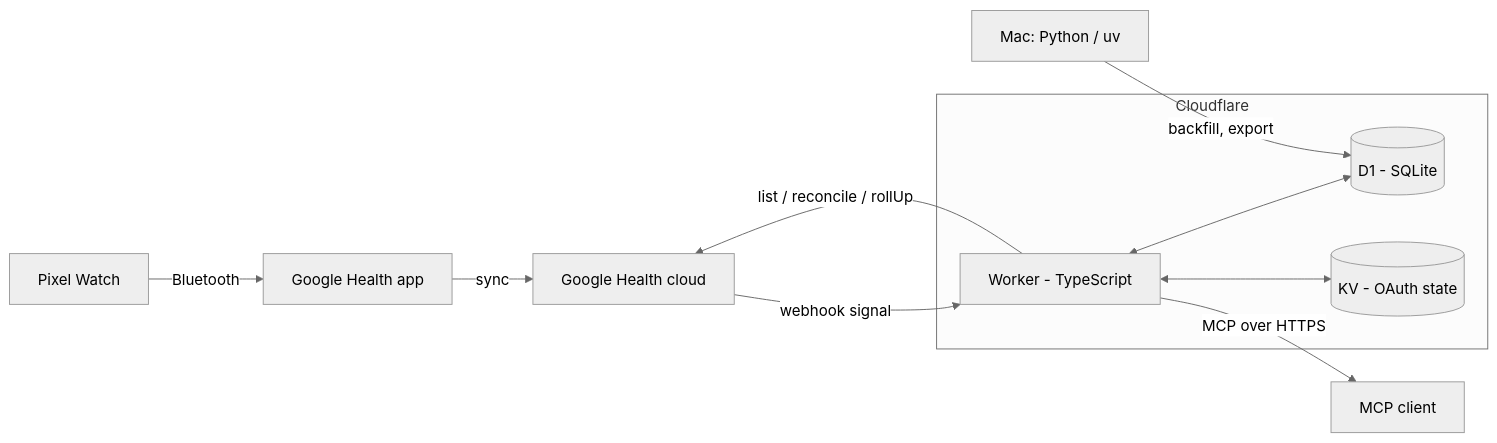
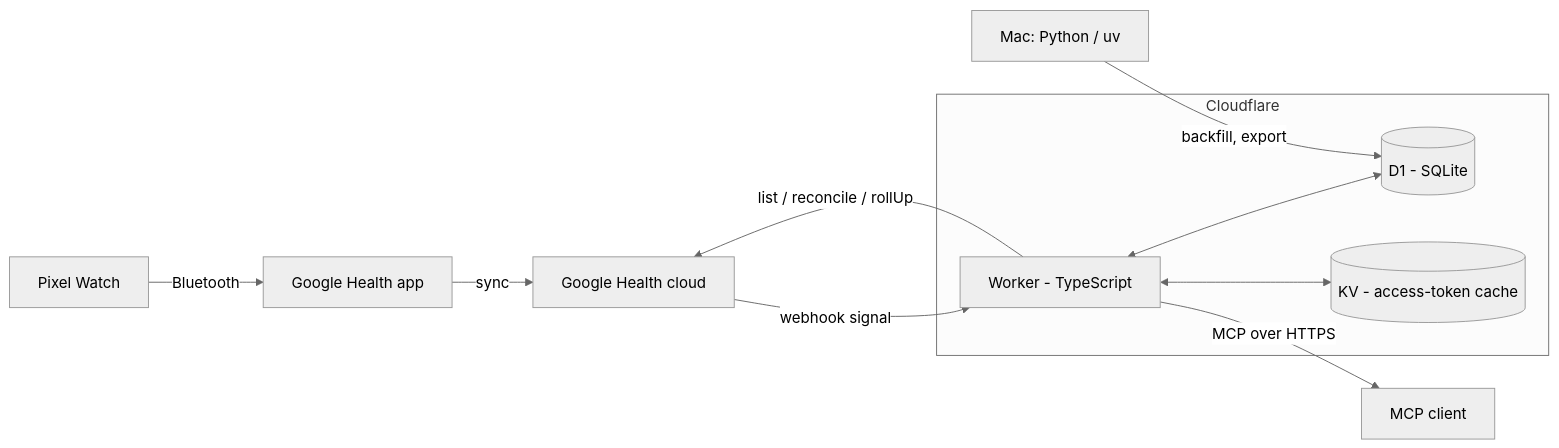
Before and after one commit to deluispablo/health-tracker: the diagram in docs/architecture.md, drawn with Mermaid (neutral theme). The commit also changed other lines of this file and 3 other files, not shown here.

Commit message:
feat(auth): add Google Health consent flow with encrypted refresh token

````diff
--- a/docs/architecture.md
+++ b/docs/architecture.md
@@ -7,16 +7,16 @@
 ```mermaid
 flowchart LR
     W[Pixel Watch] -- Bluetooth --> A[Google Health app]
     A -- sync --> G[Google Health cloud]
     G -- webhook signal --> K
     K -- list / reconcile / rollUp --> G
     subgraph CF[Cloudflare]
         K[Worker - TypeScript]
         D[(D1 - SQLite)]
-        V[(KV - OAuth state)]
+        V[(KV - access-token cache)]
         K <--> D
         K <--> V
     end
     K -- MCP over HTTPS --> C[MCP client]
     P[Mac: Python / uv] -- backfill, export --> D
 ```
````
